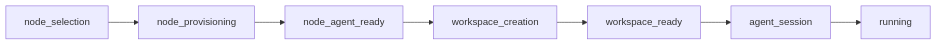
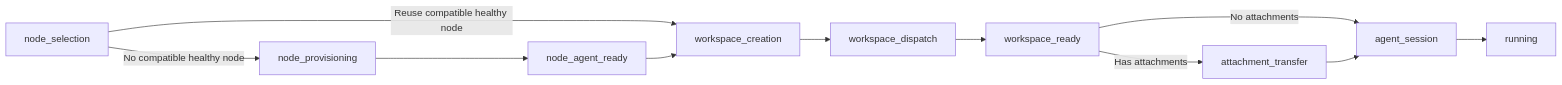
Before and after one commit to raphaeltm/simple-agent-manager: the third of 5 diagrams in apps/www/src/content/docs/docs/architecture/overview.md, drawn with Mermaid. The commit also changed other lines of this file and 48 other files, not shown here.

Commit message:
fix: complete architecture workspace review

````diff
--- a/apps/www/src/content/docs/docs/architecture/overview.md
+++ b/apps/www/src/content/docs/docs/architecture/overview.md
@@ -282,9 +282,13 @@
 ```mermaid
 graph LR
-    NS["node_selection"] --> NP["node_provisioning"]
+    NS["node_selection"] -->|No compatible healthy node| NP["node_provisioning"]
+    NS -->|Reuse compatible healthy node| WC["workspace_creation"]
     NP --> NAR["node_agent_ready"]
     NAR --> WC["workspace_creation"]
-    WC --> WR["workspace_ready"]
-    WR --> AS["agent_session"]
+    WC --> WD["workspace_dispatch"]
+    WD --> WR["workspace_ready"]
+    WR -->|No attachments| AS["agent_session"]
+    WR -->|Has attachments| AT["attachment_transfer"]
+    AT --> AS
     AS --> R["running"]
 ```
````
